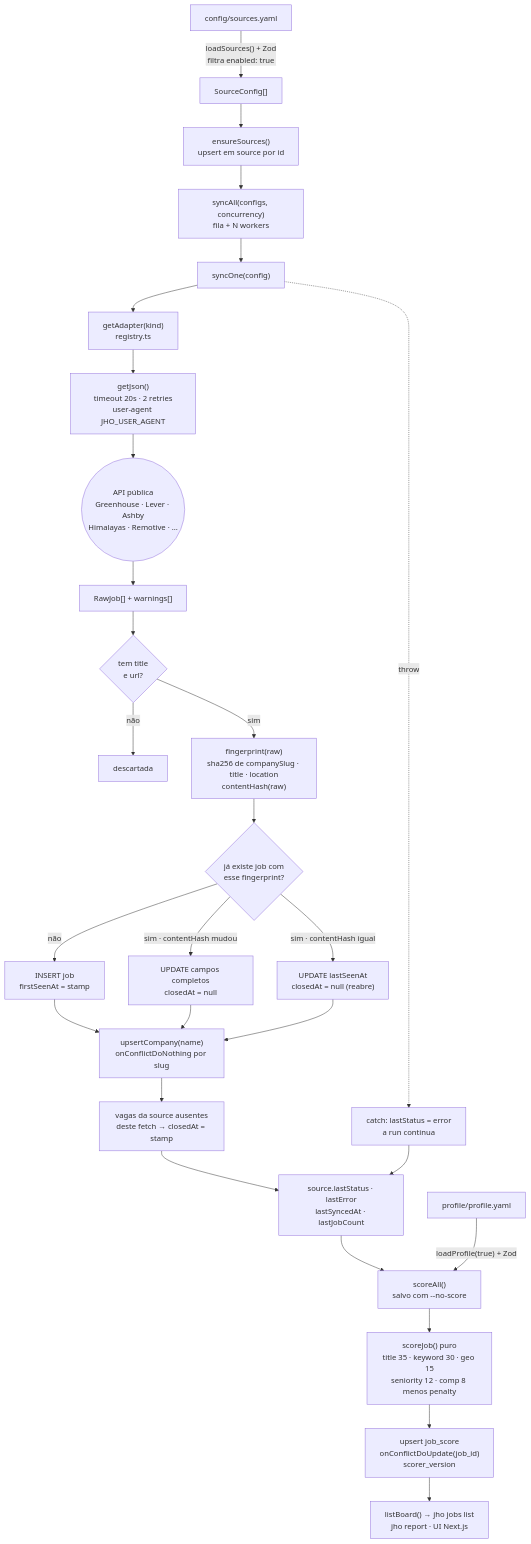
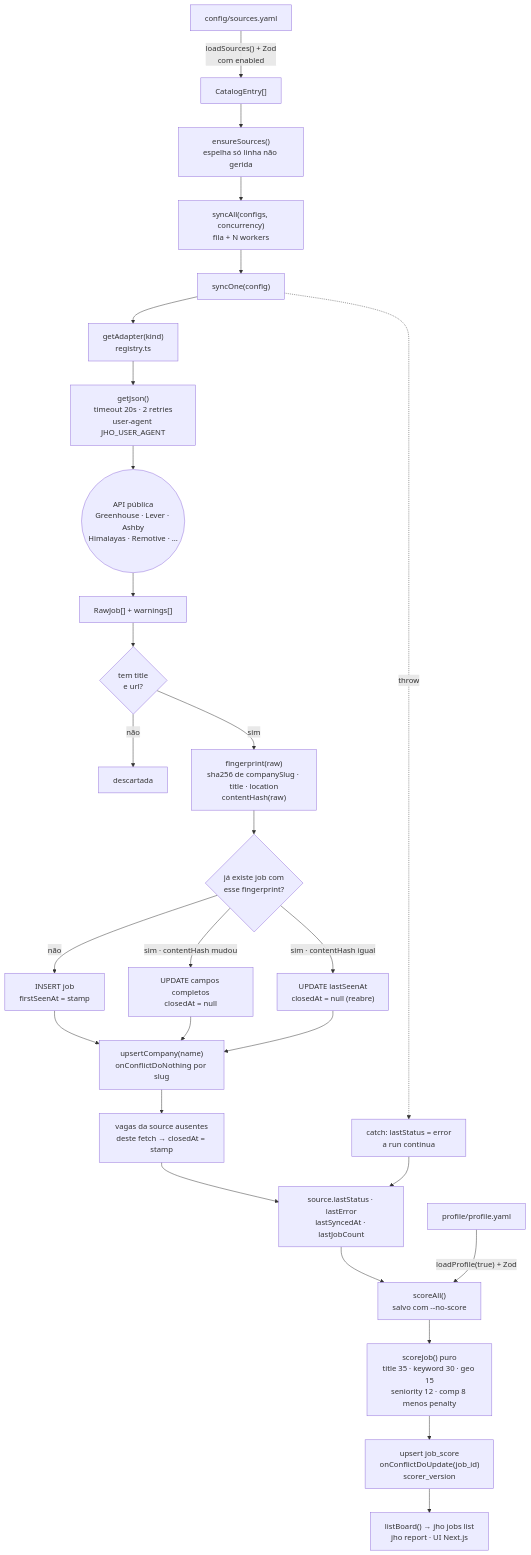
One commit to andreustimm/master-jobs changed the diagram in docs/architecture.md. Above: the diagram before and after it, drawn with Mermaid. The commit also changed other lines of this file and 31 other files, not shown here.

````diff
--- a/docs/architecture.md
+++ b/docs/architecture.md
@@ -97,37 +97,37 @@
 ```mermaid
 flowchart TD
-    Y["config/sources.yaml"] -->|"loadSources() + Zod<br/>filtra enabled: true"| CFG["SourceConfig[]"]
-    CFG --> ES["ensureSources()<br/>upsert em source por id"]
+    Y["config/sources.yaml"] -->|"loadSources() + Zod<br/>com enabled"| CFG["CatalogEntry[]"]
+    CFG --> ES["ensureSources()<br/>espelha só linha não gerida"]
     ES --> SA["syncAll(configs, concurrency)<br/>fila + N workers"]
 
     SA --> SO["syncOne(config)"]
     SO --> AD["getAdapter(kind)<br/>registry.ts"]
     AD --> HTTP["getJson()<br/>timeout 20s · 2 retries<br/>user-agent JHO_USER_AGENT"]
     HTTP --> API(("API pública<br/>Greenhouse · Lever · Ashby<br/>Himalayas · Remotive · …"))
     API --> RAW["RawJob[] + warnings[]"]
 
     RAW --> SKIP{"tem title<br/>e url?"}
     SKIP -->|"não"| DROP["descartada"]
     SKIP -->|"sim"| FP["fingerprint(raw)<br/>sha256 de companySlug · title · location<br/>contentHash(raw)"]
 
     FP --> LOOK{"já existe job com<br/>esse fingerprint?"}
     LOOK -->|"não"| INS["INSERT job<br/>firstSeenAt = stamp"]
     LOOK -->|"sim · contentHash igual"| TOUCH["UPDATE lastSeenAt<br/>closedAt = null (reabre)"]
     LOOK -->|"sim · contentHash mudou"| UPD["UPDATE campos completos<br/>closedAt = null"]
 
     INS --> CO["upsertCompany(name)<br/>onConflictDoNothing por slug"]
     UPD --> CO
     TOUCH --> CO
 
     CO --> CLOSE["vagas da source ausentes<br/>deste fetch → closedAt = stamp"]
     CLOSE --> HEALTH["source.lastStatus · lastError<br/>lastSyncedAt · lastJobCount"]
 
     SO -.->|"throw"| CATCH["catch: lastStatus = error<br/>a run continua"]
     CATCH --> HEALTH
 
     HEALTH --> SC["scoreAll()<br/>salvo com --no-score"]
     PROF["profile/profile.yaml"] -->|"loadProfile(true) + Zod"| SC
     SC --> SJ["scoreJob() puro<br/>title 35 · keyword 30 · geo 15<br/>seniority 12 · comp 8 menos penalty"]
     SJ --> JS["upsert job_score<br/>onConflictDoUpdate(job_id)<br/>scorer_version"]
     JS --> BOARD["listBoard() → jho jobs list<br/>jho report · UI Next.js"]
 ```
````
